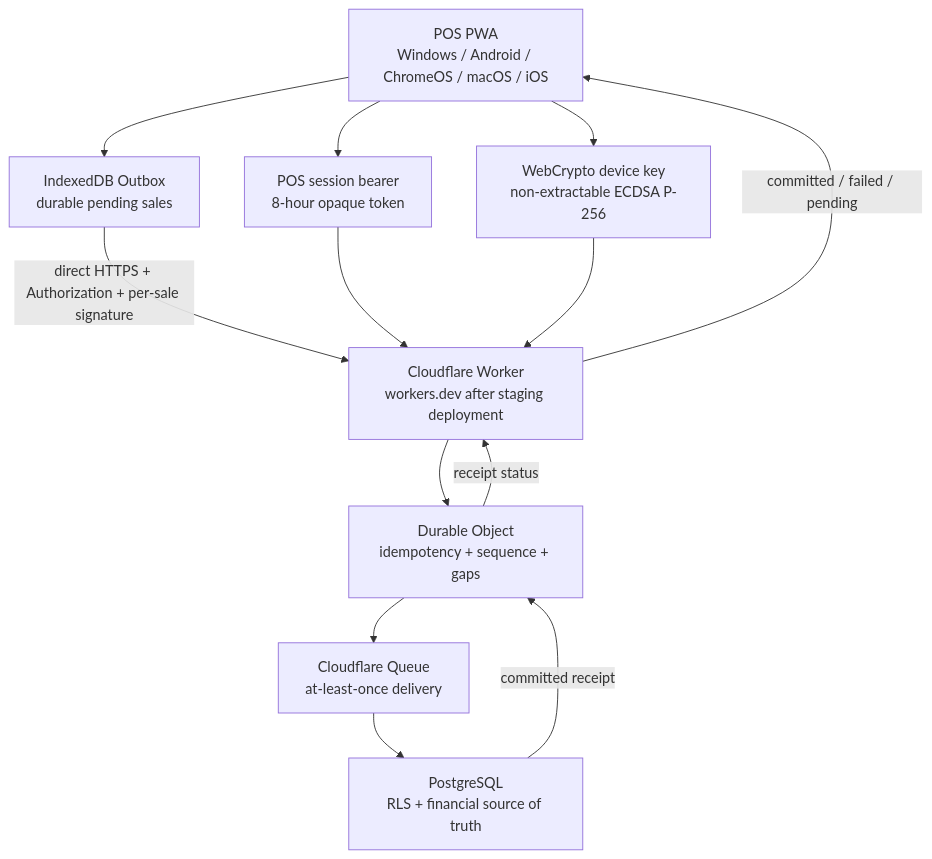
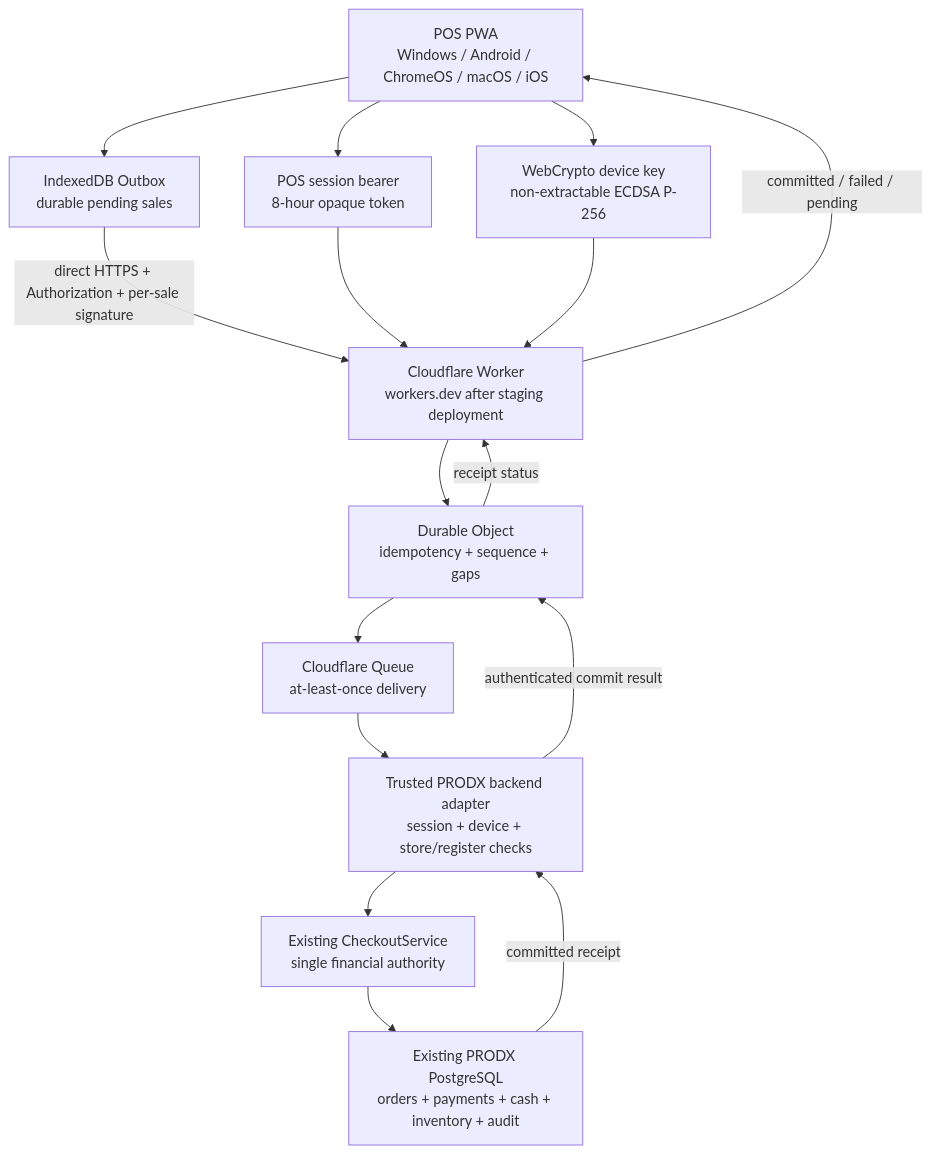
The diagram in docs/superpowers/specs/2026-11-16-direct-pwa-device-auth-design.md (prodxowner-png/PRODX-POS), drawn with Mermaid before and after one commit. The commit also changed other lines of this file and 1 other file, not shown here.

Commit message:
docs(edge-sync): align device auth with backend checkout contract

````diff
--- a/docs/superpowers/specs/2026-11-16-direct-pwa-device-auth-design.md
+++ b/docs/superpowers/specs/2026-11-16-direct-pwa-device-auth-design.md
@@ -56,23 +57,28 @@
 ```mermaid
 flowchart TD
   PWA["POS PWA<br/>Windows / Android / ChromeOS / macOS / iOS"]
   IDB["IndexedDB Outbox<br/>durable pending sales"]
   AUTH["POS session bearer<br/>8-hour opaque token"]
   KEY["WebCrypto device key<br/>non-extractable ECDSA P-256"]
   EDGE["Cloudflare Worker<br/>workers.dev after staging deployment"]
   DO["Durable Object<br/>idempotency + sequence + gaps"]
   Q["Cloudflare Queue<br/>at-least-once delivery"]
-  PG["PostgreSQL<br/>RLS + financial source of truth"]
+  AUTHZ["Trusted PRODX backend adapter<br/>session + device + store/register checks"]
+  CHECKOUT["Existing CheckoutService<br/>single financial authority"]
+  PG["Existing PRODX PostgreSQL<br/>orders + payments + cash + inventory + audit"]
   PWA --> IDB
   PWA --> AUTH
   PWA --> KEY
   IDB -->|"direct HTTPS + Authorization + per-sale signature"| EDGE
   AUTH --> EDGE
   KEY --> EDGE
   EDGE --> DO
   DO --> Q
-  Q --> PG
-  PG -->|"committed receipt"| DO
+  Q --> AUTHZ
+  AUTHZ --> CHECKOUT
+  CHECKOUT --> PG
+  PG -->|"committed receipt"| AUTHZ
+  AUTHZ -->|"authenticated commit result"| DO
   DO -->|"receipt status"| EDGE
   EDGE -->|"committed / failed / pending"| PWA
 ```
````
